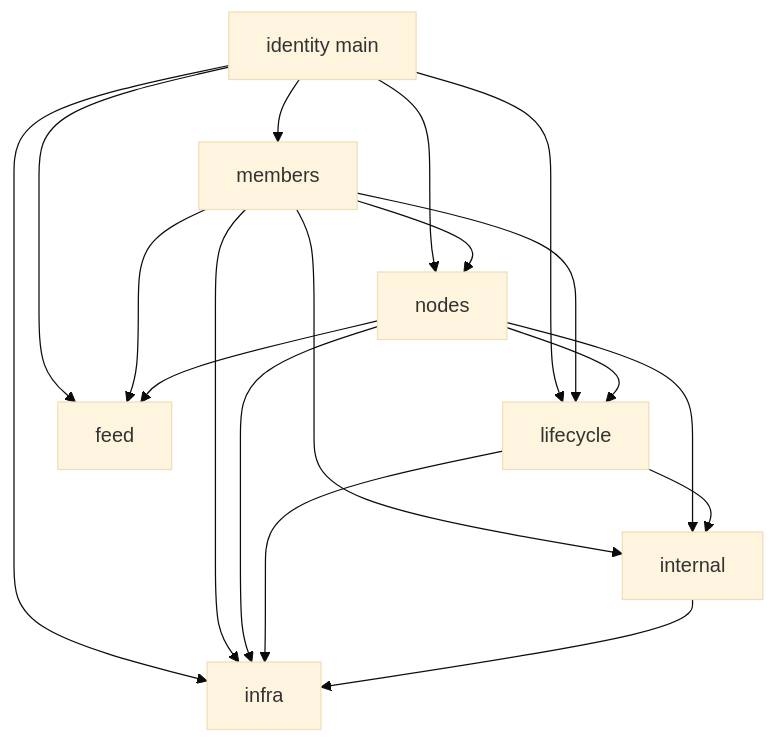
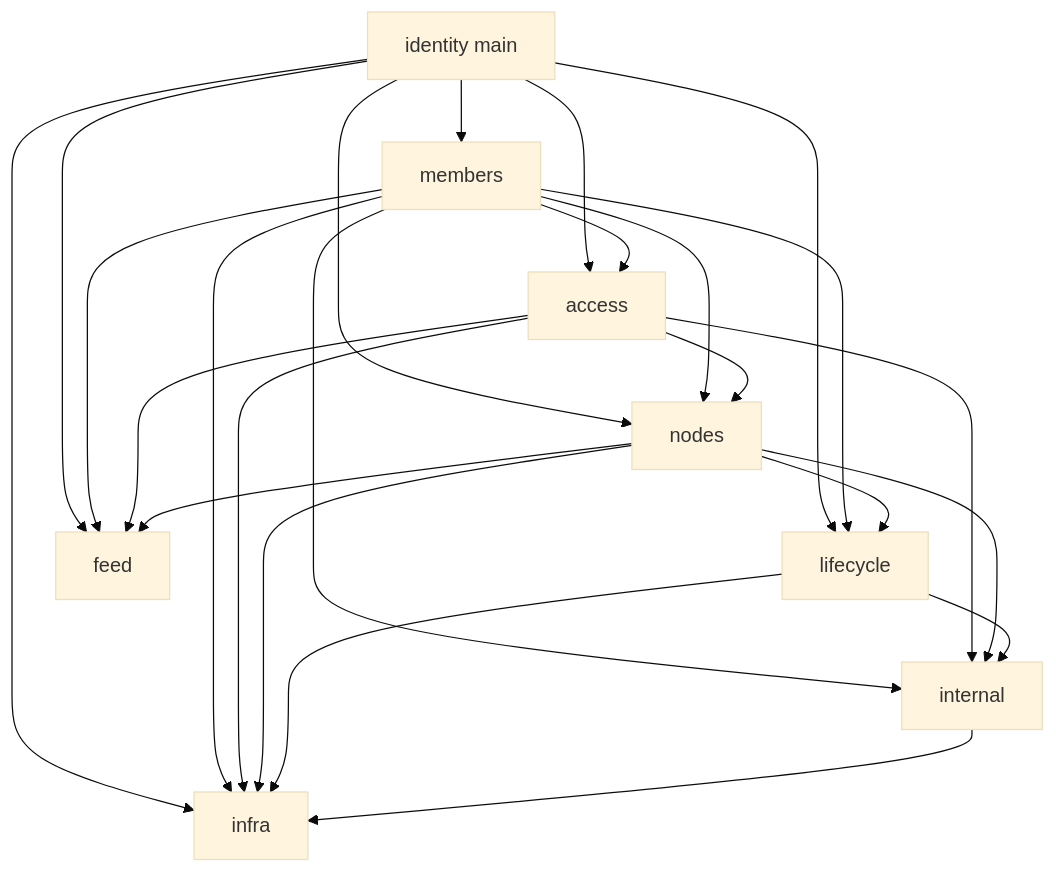
The fourth of 5 diagrams in docs/internals/module-map.md (plat5dev/plat5), drawn with Mermaid (base theme) before and after one commit. The commit also changed other lines of this file and 19 other files, not shown here.

Commit message:
refactor(identity): split access package and optimize admit, search, and gateway DNS

````diff
--- a/docs/internals/module-map.md
+++ b/docs/internals/module-map.md
@@ -67,8 +67,9 @@
 ```mermaid
 flowchart TD
-  main[identity main] --> members & nodes & lifecycle & feed & infra
-  members --> nodes & lifecycle & feed & internal & infra
+  main[identity main] --> access & members & nodes & lifecycle & feed & infra
+  members --> access & nodes & lifecycle & feed & internal & infra
+  access --> nodes & feed & internal & infra
   nodes --> lifecycle & feed & internal & infra
   lifecycle --> internal & infra
   internal --> infra
 ```
````
